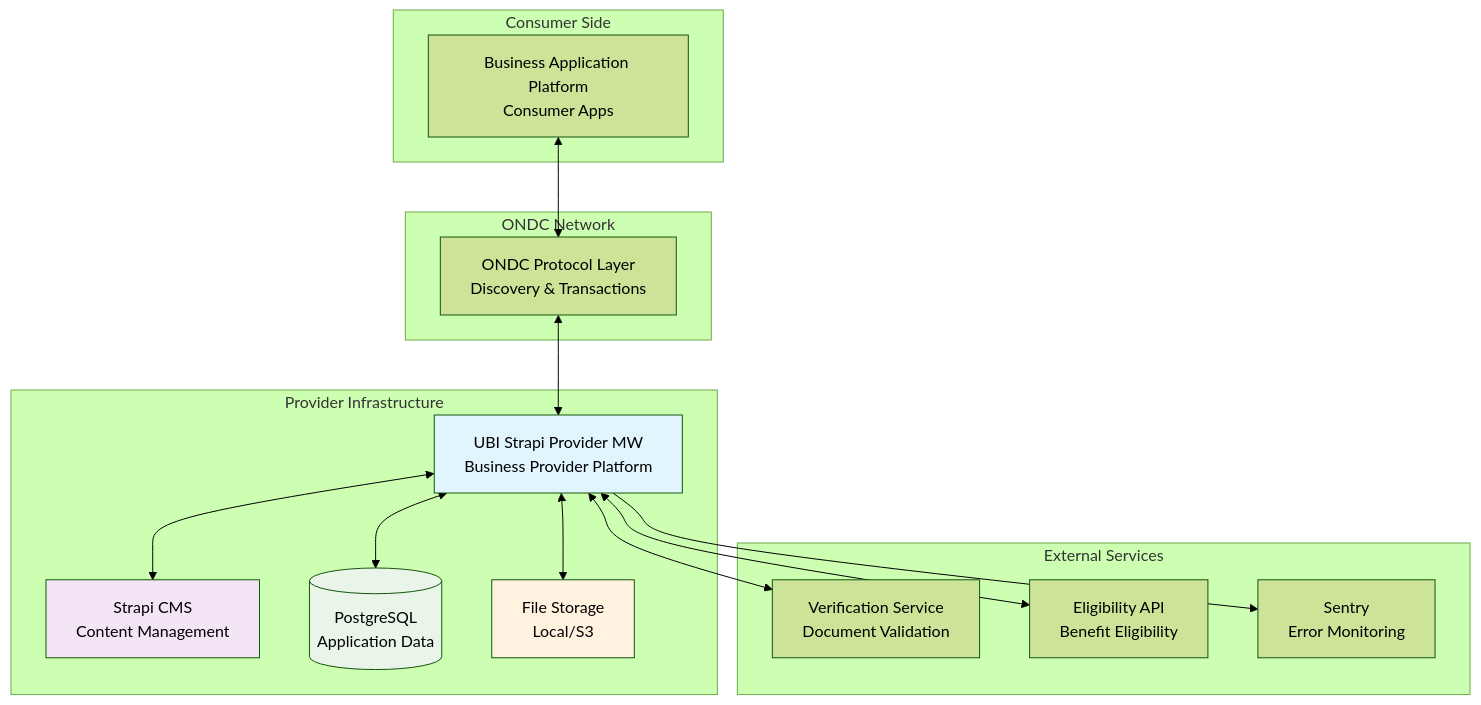
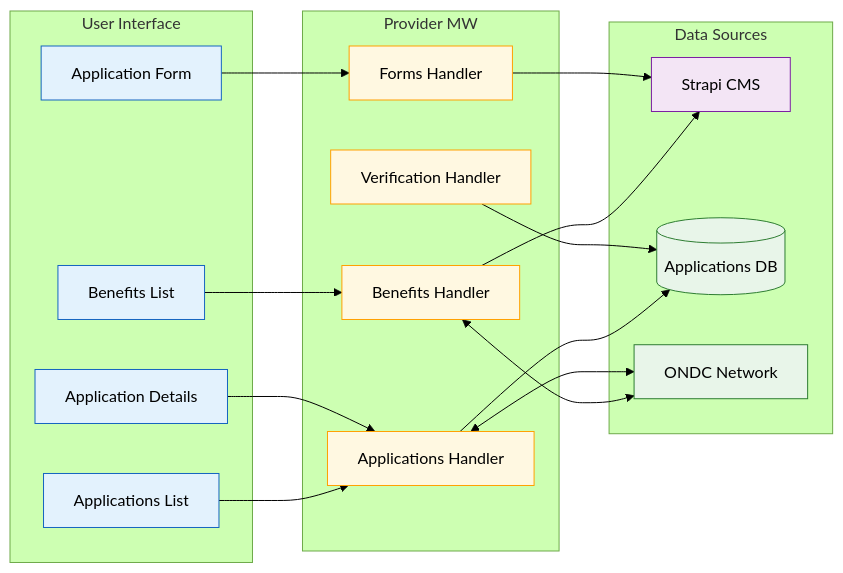
The third of 3 diagrams in docs/arch-diagrams.md (rajnishdargan/ubi-strapi-provider-mw), drawn with Mermaid (forest theme) before and after one commit. The commit also changed other lines of this file, not shown here.

Commit message:
Issue #246252 fix: Diagram Documentation

````diff
--- a/docs/arch-diagrams.md
+++ b/docs/arch-diagrams.md
@@ -166,37 +107,46 @@
 ```mermaid
-graph TB
-    subgraph "Consumer Side"
-        BAP[Business Application Platform<br/>Consumer Apps]
+graph LR
+    subgraph "User Interface"
+        BL[Benefits List]
+        AL[Applications List]
+        AD[Application Details]
+        AF[Application Form]
+        style BL fill:#e3f2fd,stroke:#1565c0
+        style AL fill:#e3f2fd,stroke:#1565c0
+        style AD fill:#e3f2fd,stroke:#1565c0
+        style AF fill:#e3f2fd,stroke:#1565c0
     end
-    
-    subgraph "ONDC Network"
-        ONDC[ONDC Protocol Layer<br/>Discovery & Transactions]
+
+    subgraph "Provider MW"
+        BH[Benefits Handler]
+        AH[Applications Handler]
+        VH[Verification Handler]
+        FH[Forms Handler]
+        style BH fill:#fff8e1,stroke:#ffa000
+        style AH fill:#fff8e1,stroke:#ffa000
+        style VH fill:#fff8e1,stroke:#ffa000
+        style FH fill:#fff8e1,stroke:#ffa000
     end
-    
-    subgraph "Provider Infrastructure"
-        BPP[UBI Strapi Provider MW<br/>Business Provider Platform]
-        CMS[Strapi CMS<br/>Content Management]
-        DB[(PostgreSQL<br/>Application Data)]
-        FS[File Storage<br/>Local/S3]
+
+    subgraph "Data Sources"
+        CMS[Strapi CMS]
+        DB[(Applications DB)]
+        ONDC[ONDC Network]
+        style CMS fill:#f3e5f5,stroke:#7b1fa2
+        style DB fill:#e8f5e9,stroke:#2e7d32
+        style ONDC fill:#e8f5e9,stroke:#2e7d32
     end
-    
-    subgraph "External Services"
-        VERIF[Verification Service<br/>Document Validation]
-        ELIG[Eligibility API<br/>Benefit Eligibility]
-        SENTRY[Sentry<br/>Error Monitoring]
-    end
-    
-    BAP <--> ONDC
-    ONDC <--> BPP
-    BPP <--> CMS
-    BPP <--> DB
-    BPP <--> FS
-    BPP <--> VERIF
-    BPP <--> ELIG
-    BPP --> SENTRY
-    
-    style BPP fill:#e1f5fe
-    style CMS fill:#f3e5f5
-    style DB fill:#e8f5e8
-    style FS fill:#fff3e0
+
+    BL --> BH
+    AL --> AH
+    AD --> AH
+    AF --> FH
+
+    BH --> CMS
+    AH --> DB
+    VH --> DB
+    FH --> CMS
+
+    BH <--> ONDC
+    AH <--> ONDC
 ```
````
